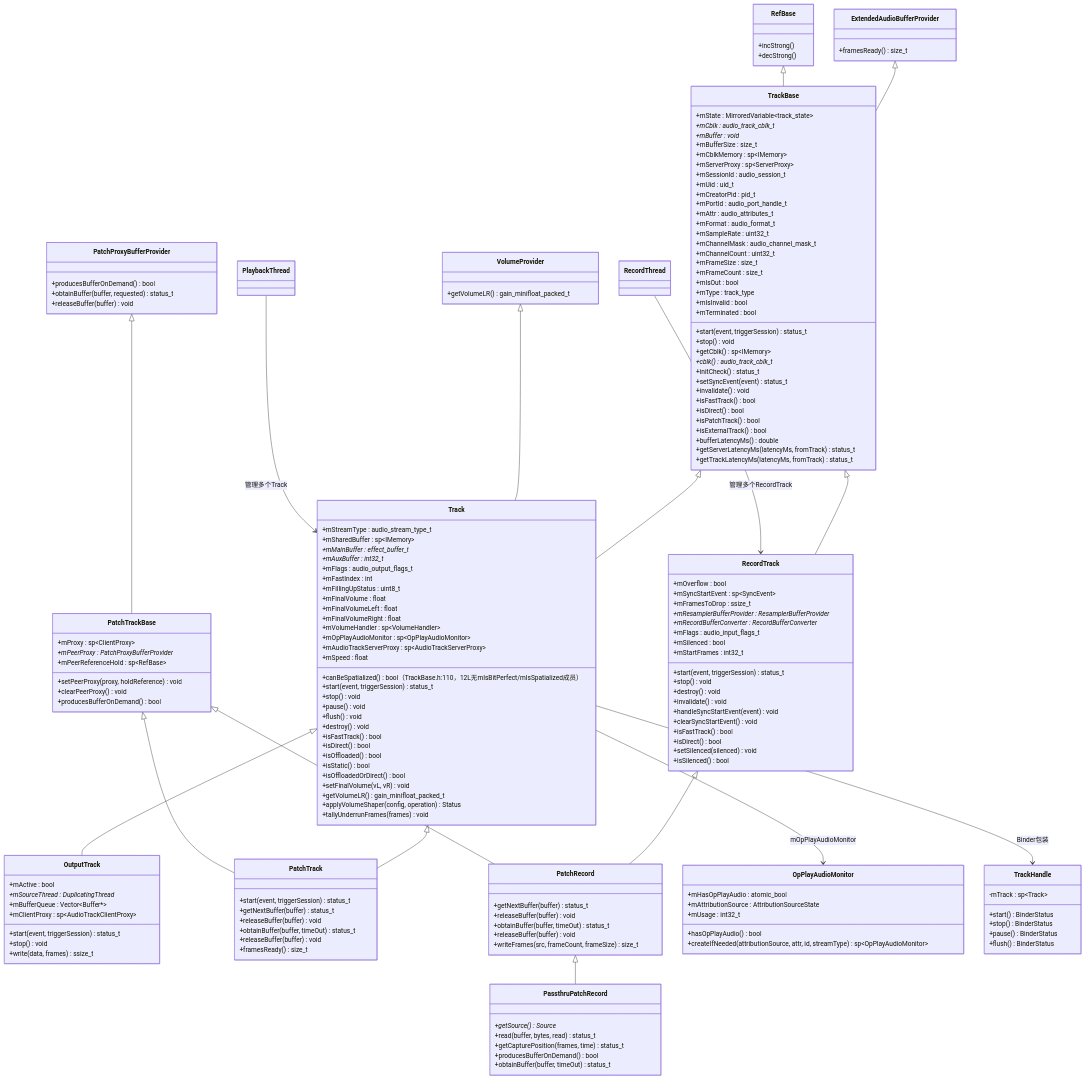
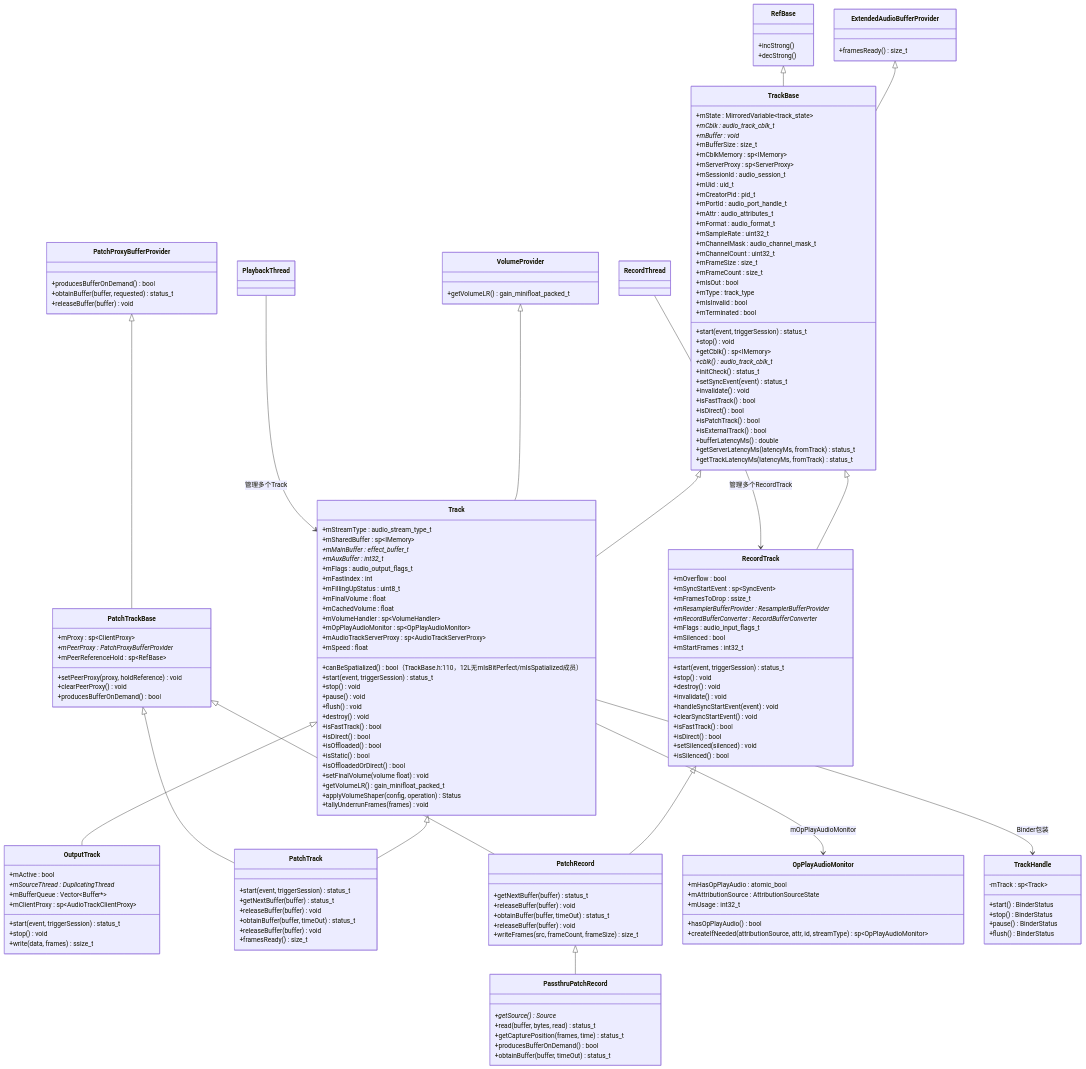
Before and after one commit to yanglinzhen1022/SA8295_AAOS_QNX_Audio_KnowledgeBase: the first of 5 diagrams in 05_AudioFlinger/05_5.7_TrackRecord-音频流端点.md, drawn with Mermaid. The commit also changed other lines of this file and 5 other files, not shown here.

```diff
--- a/05_AudioFlinger/05_5.7_TrackRecord-音频流端点.md
+++ b/05_AudioFlinger/05_5.7_TrackRecord-音频流端点.md
@@ -64,8 +64,7 @@
         +mFastIndex : int
         +mFillingUpStatus : uint8_t
         +mFinalVolume : float
-        +mFinalVolumeLeft : float
-        +mFinalVolumeRight : float
+        +mCachedVolume : float
         +mVolumeHandler : sp~VolumeHandler~
         +mOpPlayAudioMonitor : sp~OpPlayAudioMonitor~
         +mAudioTrackServerProxy : sp~AudioTrackServerProxy~
@@ -81,7 +80,7 @@
         +isOffloaded() bool
         +isStatic() bool
         +isOffloadedOrDirect() bool
-        +setFinalVolume(vL, vR) void
+        +setFinalVolume(volume float) void
         +getVolumeLR() gain_minifloat_packed_t
         +applyVolumeShaper(config, operation) Status
         +tallyUnderrunFrames(frames) void
```
